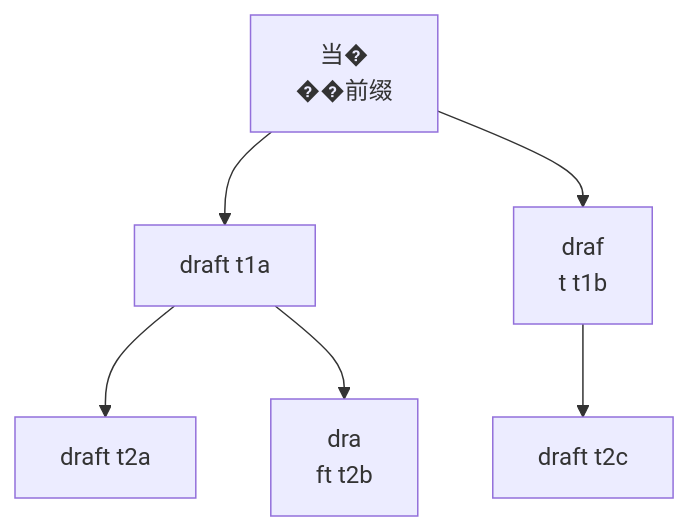
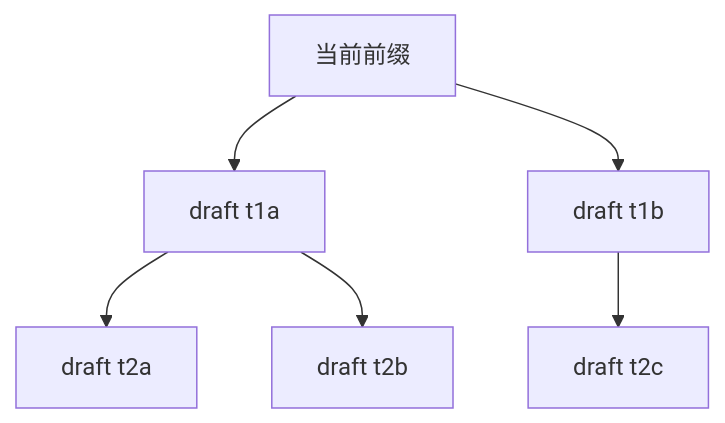
The eighth of 16 diagrams in src/data/sglang-content/sglang-source-reading/05-speculative-decoding.md (cl-vv-h/AI_Infra_Tutor_Page), drawn with Mermaid before and after one commit. The commit also changed other lines of this file and 25 other files, not shown here.

Commit message:
Fix markdown rendering with react-markdown, add SGLang knowledge graph

````diff
--- a/src/data/sglang-content/sglang-source-reading/05-speculative-decoding.md
+++ b/src/data/sglang-content/sglang-source-reading/05-speculative-decoding.md
@@ -606,11 +305,8 @@
 ```mermaid
 flowchart TD
-  A["当�
-��前缀"] --> B["draft t1a"]
-  A --> C["draf
-t t1b"]
+  A["当前前缀"] --> B["draft t1a"]
+  A --> C["draft t1b"]
   B --> D["draft t2a"]
-  B --> E["dra
-ft t2b"]
+  B --> E["draft t2b"]
   C --> F["draft t2c"]
 ```
````
